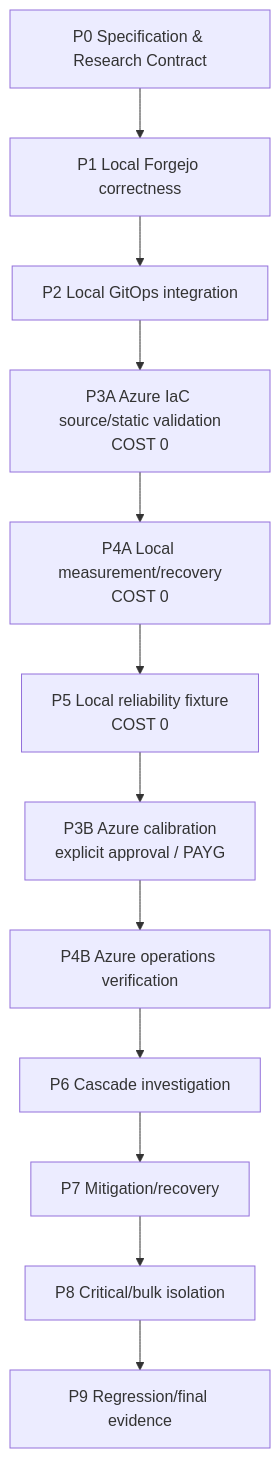
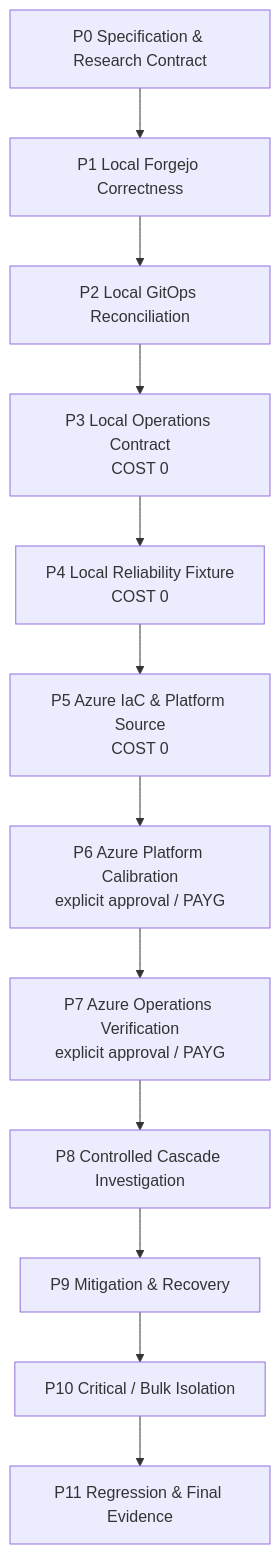
The diagram in docs/roadmap.md (imcherry5778-labs/github-capacity-cascade-platform), drawn with Mermaid before and after one commit. The commit also changed other lines of this file, not shown here.

Commit message:
docs(roadmap): engineering milestone을 P0-P11로 정리

````diff
--- a/docs/roadmap.md
+++ b/docs/roadmap.md
@@ -13,17 +15,17 @@
 ```mermaid
 flowchart TD
     P0["P0 Specification & Research Contract"]
-    P1["P1 Local Forgejo correctness"]
-    P2["P2 Local GitOps integration"]
-    P3A["P3A Azure IaC source/static validation\nCOST 0"]
-    P4A["P4A Local measurement/recovery\nCOST 0"]
-    P5["P5 Local reliability fixture\nCOST 0"]
-    P3B["P3B Azure calibration\nexplicit approval / PAYG"]
-    P4B["P4B Azure operations verification"]
-    P6["P6 Cascade investigation"]
-    P7["P7 Mitigation/recovery"]
-    P8["P8 Critical/bulk isolation"]
-    P9["P9 Regression/final evidence"]
+    P1["P1 Local Forgejo Correctness"]
+    P2["P2 Local GitOps Reconciliation"]
+    P3["P3 Local Operations Contract\nCOST 0"]
+    P4["P4 Local Reliability Fixture\nCOST 0"]
+    P5["P5 Azure IaC & Platform Source\nCOST 0"]
+    P6["P6 Azure Platform Calibration\nexplicit approval / PAYG"]
+    P7["P7 Azure Operations Verification\nexplicit approval / PAYG"]
+    P8["P8 Controlled Cascade Investigation"]
+    P9["P9 Mitigation & Recovery"]
+    P10["P10 Critical / Bulk Isolation"]
+    P11["P11 Regression & Final Evidence"]
 
-    P0 --> P1 --> P2 --> P3A --> P4A --> P5 --> P3B --> P4B --> P6 --> P7 --> P8 --> P9
+    P0 --> P1 --> P2 --> P3 --> P4 --> P5 --> P6 --> P7 --> P8 --> P9 --> P10 --> P11
 ```
````
